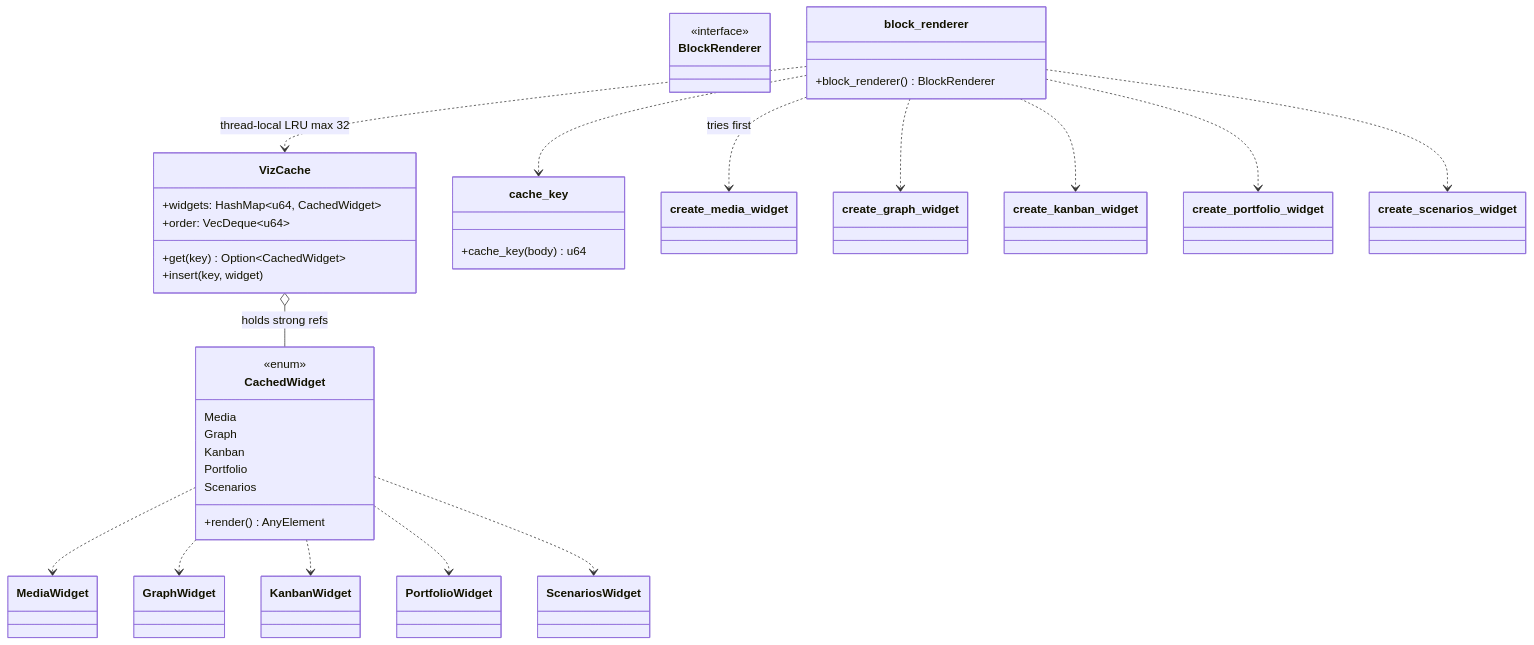
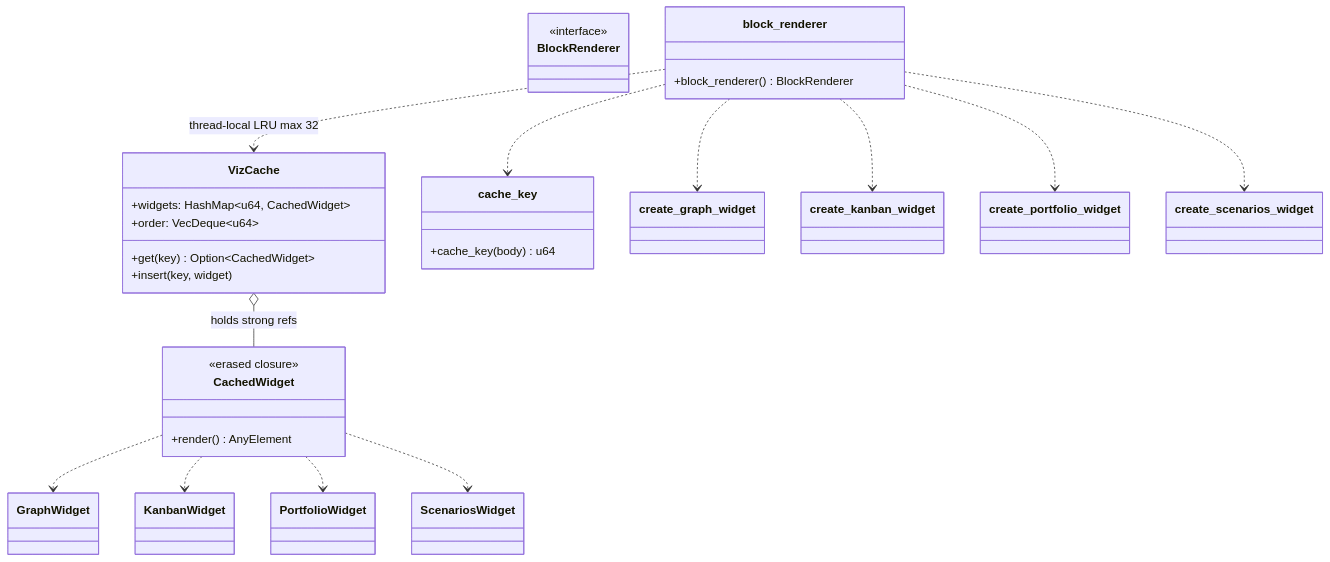
The diagram in kask/docs/diagrams/class-hkask-viz-core.md (mdz-axo/zed-kask), drawn with Mermaid before and after one commit. The commit also changed other lines of this file and 16 other files, not shown here.

````diff
--- a/kask/docs/diagrams/class-hkask-viz-core.md
+++ b/kask/docs/diagrams/class-hkask-viz-core.md
@@ -20,46 +20,38 @@
 ```mermaid
 classDiagram
     class BlockRenderer {
         <<interface>>
     }
     class block_renderer {
         +block_renderer() BlockRenderer
     }
     class VizCache {
         +widgets: HashMap~u64, CachedWidget~
         +order: VecDeque~u64~
         +get(key) Option~CachedWidget~
         +insert(key, widget)
     }
     class CachedWidget {
-        <<enum>>
-        Media
-        Graph
-        Kanban
-        Portfolio
-        Scenarios
+        <<erased closure>>
         +render() AnyElement
     }
     class cache_key {
         +cache_key(body) u64
     }
-    class create_media_widget
     class create_graph_widget
     class create_kanban_widget
     class create_portfolio_widget
     class create_scenarios_widget
 
     block_renderer ..> VizCache : thread-local LRU max 32
     block_renderer ..> cache_key
-    block_renderer ..> create_media_widget : tries first
     block_renderer ..> create_graph_widget
     block_renderer ..> create_kanban_widget
     block_renderer ..> create_portfolio_widget
     block_renderer ..> create_scenarios_widget
     VizCache o-- CachedWidget : holds strong refs
-    CachedWidget ..> MediaWidget
     CachedWidget ..> GraphWidget
     CachedWidget ..> KanbanWidget
     CachedWidget ..> PortfolioWidget
     CachedWidget ..> ScenariosWidget
 ```
````
